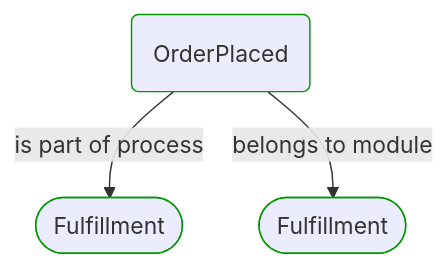
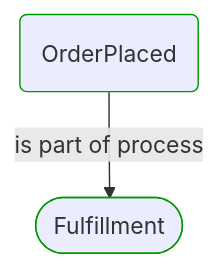
Before and after one commit to itlibrium/DDD-starter-dotnet: the first of 3 diagrams in Docs/P3/MermaidOutput/ProcessSteps/Sale/Fulfillment/OrderPlaced.md, drawn with Mermaid. The commit also changed other lines of this file and 174 other files, not shown here.

````diff
--- a/Docs/P3/MermaidOutput/ProcessSteps/Sale/Fulfillment/OrderPlaced.md
+++ b/Docs/P3/MermaidOutput/ProcessSteps/Sale/Fulfillment/OrderPlaced.md
@@ -20,14 +20,11 @@
 ```mermaid
   flowchart TB
     0(OrderPlaced)
     class 0 DomainPerspective
     1([Fulfillment])
     class 1 DomainPerspective
     0-->|is part of process|1
-    2([Fulfillment])
-    class 2 DomainPerspective
-    0-->|belongs to module|2
     classDef DomainPerspective stroke:#009900
     classDef TechnologyPerspective stroke:#1F41EB
     classDef PeoplePerspective stroke:#FFF014
 ```
````
